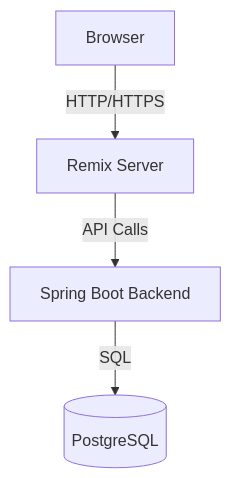
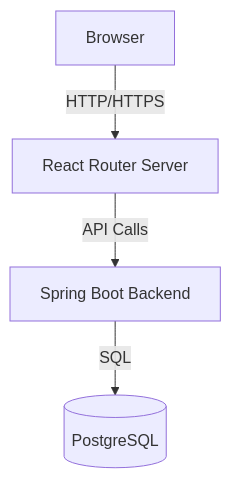
The diagram in README.md (cesared19/SparkyTC), drawn with Mermaid before and after one commit. The commit also changed other lines of this file and 98 other files, not shown here.

First line of the commit message:
Move the client from Remix 2 to React Router 7 (#73)

````diff
--- a/README.md
+++ b/README.md
@@ -274,6 +274,6 @@
 ```mermaid
 graph TD
-    A[Browser] -->|HTTP/HTTPS| B[Remix Server]
+    A[Browser] -->|HTTP/HTTPS| B[React Router Server]
     B -->|API Calls| C[Spring Boot Backend]
     C -->|SQL| D[(PostgreSQL)]
 ```
````
